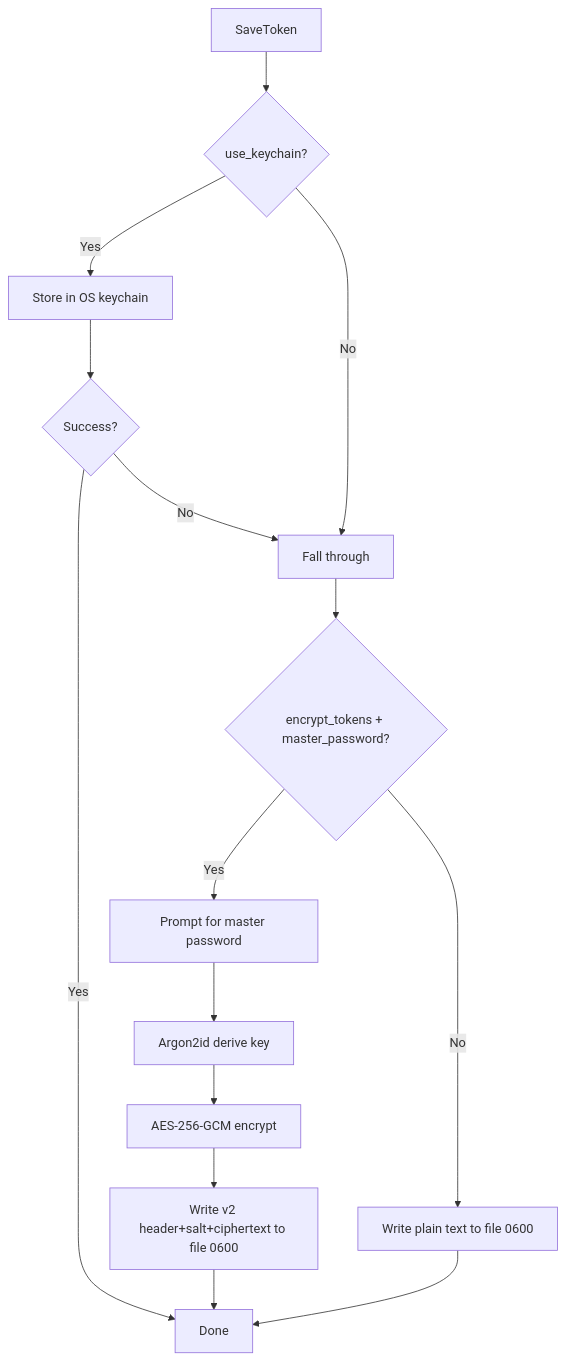
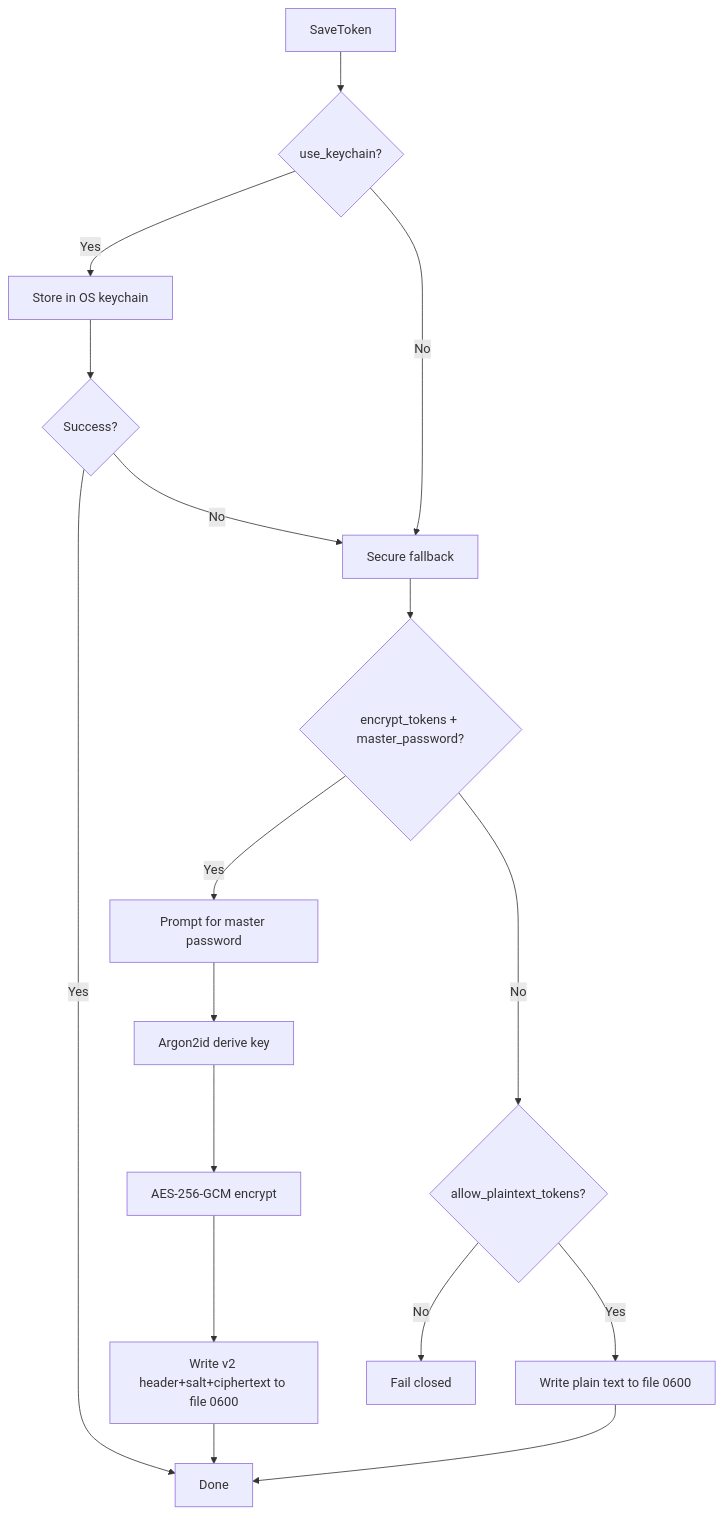
Diagram 12 of 15 in docs/data-flow.md (sijunda/github-config-manager), drawn with Mermaid before and after one commit. The commit also changed other lines of this file and 84 other files, not shown here.

````diff
--- a/docs/data-flow.md
+++ b/docs/data-flow.md
@@ -359,19 +359,21 @@
 ```mermaid
 flowchart TD
     Start[SaveToken] --> CheckKeychain{use_keychain?}
     CheckKeychain -->|Yes| TryKeychain[Store in OS keychain]
     TryKeychain --> KeychainOK{Success?}
     KeychainOK -->|Yes| Done[Done]
-    KeychainOK -->|No| FallThrough[Fall through]
+    KeychainOK -->|No| FallThrough[Secure fallback]
     
     CheckKeychain -->|No| FallThrough
     FallThrough --> CheckEncrypt{encrypt_tokens + master_password?}
     CheckEncrypt -->|Yes| PromptPW[Prompt for master password]
     PromptPW --> DeriveKey[Argon2id derive key]
     DeriveKey --> Encrypt[AES-256-GCM encrypt]
     Encrypt --> WriteEnc[Write v2 header+salt+ciphertext to file 0600]
     WriteEnc --> Done
     
-    CheckEncrypt -->|No| WritePlain[Write plain text to file 0600]
+    CheckEncrypt -->|No| CheckPlain{allow_plaintext_tokens?}
+    CheckPlain -->|Yes| WritePlain[Write plain text to file 0600]
+    CheckPlain -->|No| FailClosed[Fail closed]
     WritePlain --> Done
 ```
````
